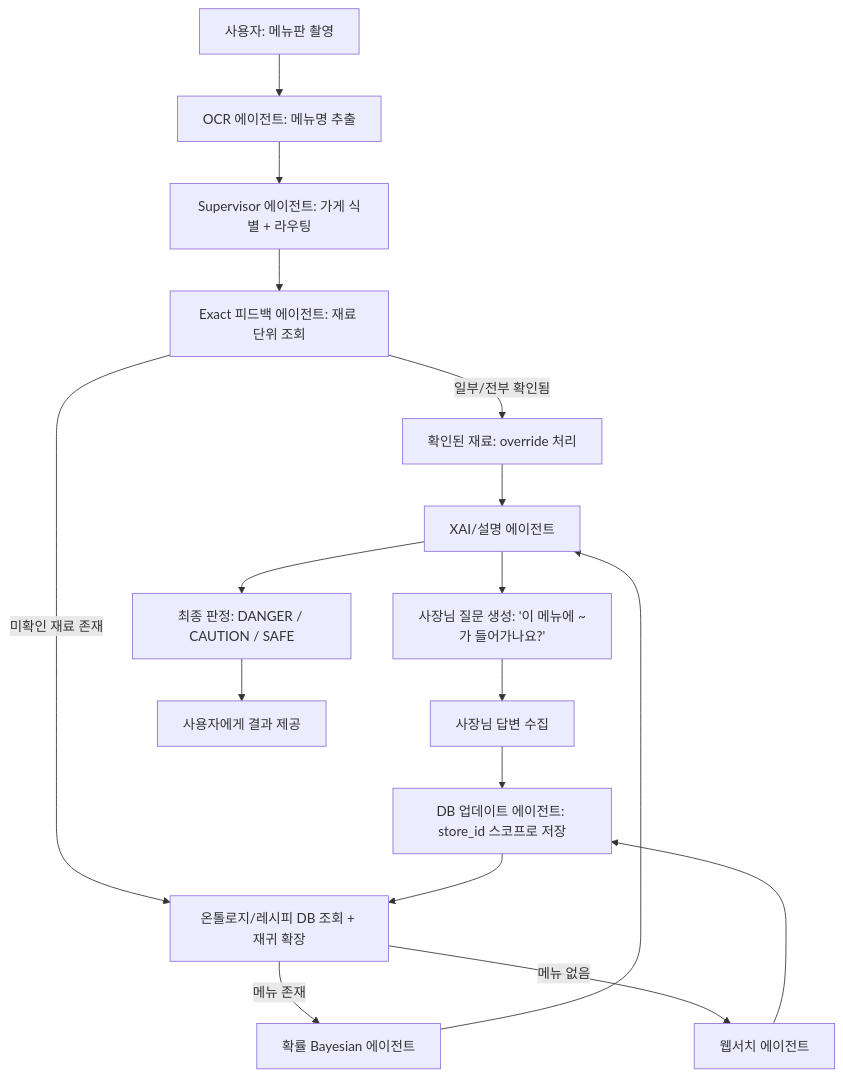
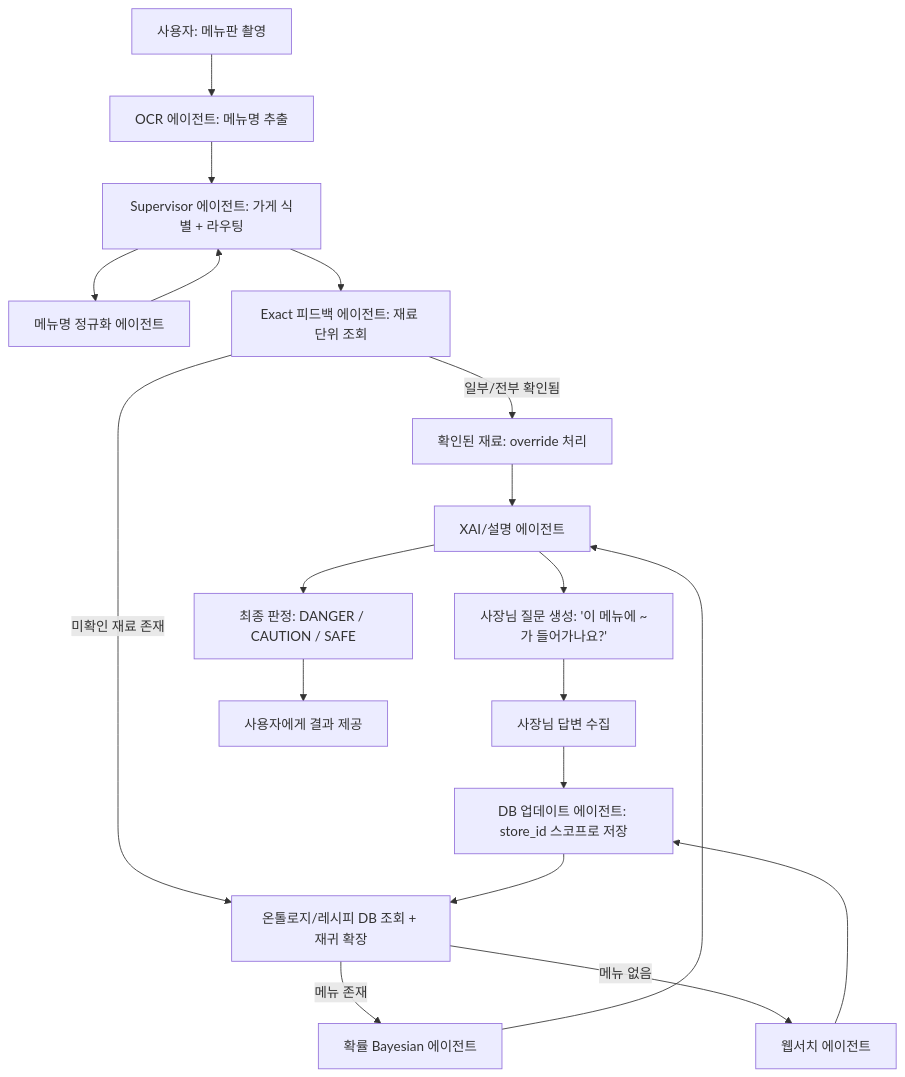
The first of 2 diagrams in docs/catoin-multi-agent-architecture.md (Han-Spoon/ai), drawn with Mermaid before and after one commit. The commit also changed other lines of this file, not shown here.

First line of the commit message:
docs: 멀티 에이전트 아키텍처에 정규화 에이전트 + 오케스트레이션 구조 추가

````diff
--- a/docs/catoin-multi-agent-architecture.md
+++ b/docs/catoin-multi-agent-architecture.md
@@ -10,25 +10,27 @@
 ```mermaid
 flowchart TD
     A[사용자: 메뉴판 촬영] --> B[OCR 에이전트: 메뉴명 추출]
     B --> D[Supervisor 에이전트: 가게 식별 + 라우팅]
+    D --> C[메뉴명 정규화 에이전트]
+    C --> D
 
     D --> E[Exact 피드백 에이전트: 재료 단위 조회]
     E -->|일부/전부 확인됨| F[확인된 재료: override 처리]
     E -->|미확인 재료 존재| G[온톨로지/레시피 DB 조회 + 재귀 확장]
 
     G -->|메뉴 존재| H[확률 Bayesian 에이전트]
     G -->|메뉴 없음| I[웹서치 에이전트]
 
     I --> J[DB 업데이트 에이전트: store_id 스코프로 저장]
     J --> G
 
     H --> K[XAI/설명 에이전트]
     F --> K
 
     K --> L[최종 판정: DANGER / CAUTION / SAFE]
     K --> M[사장님 질문 생성: '이 메뉴에 ~가 들어가나요?']
     M --> N[사장님 답변 수집]
     N --> J
 
     L --> O[사용자에게 결과 제공]
 ```
````
